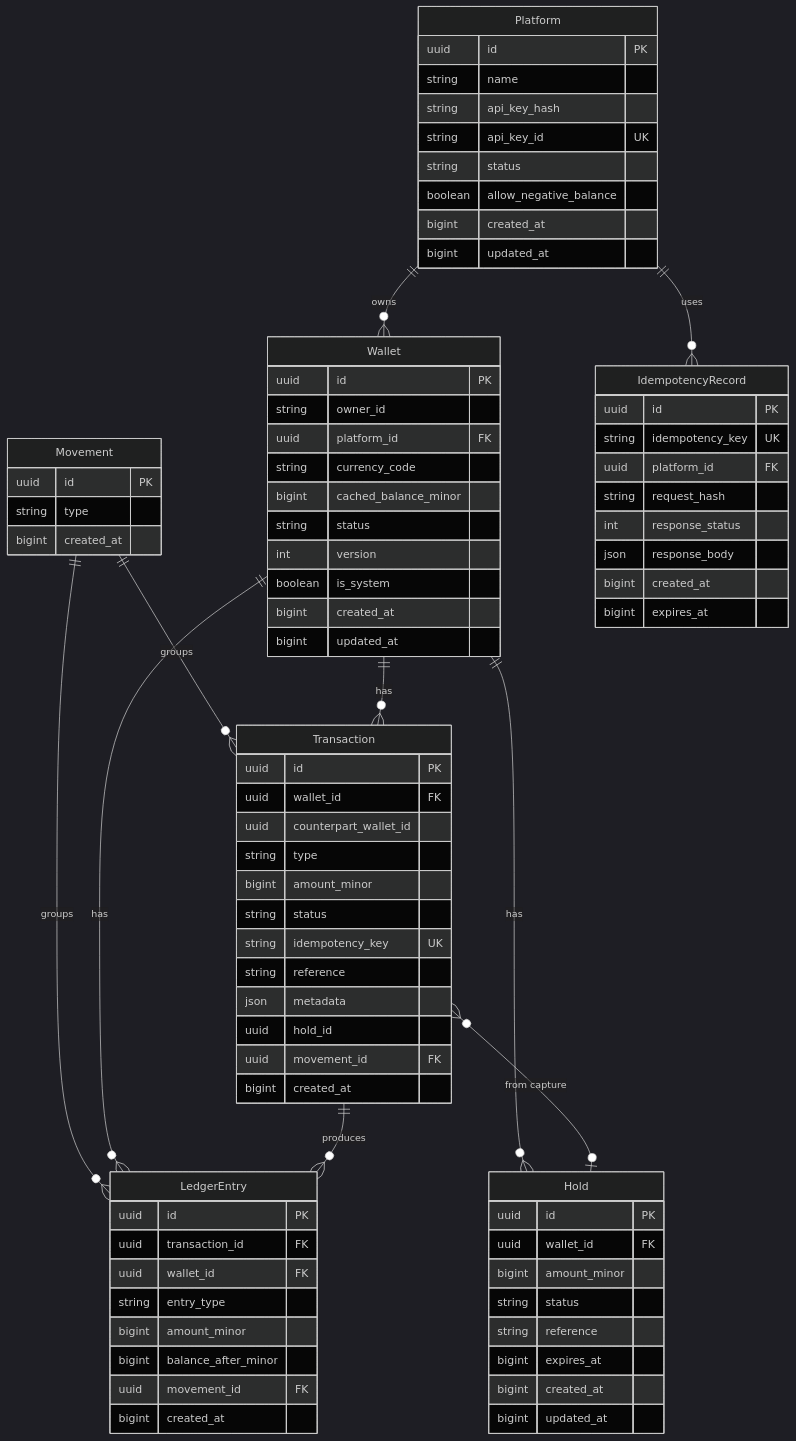
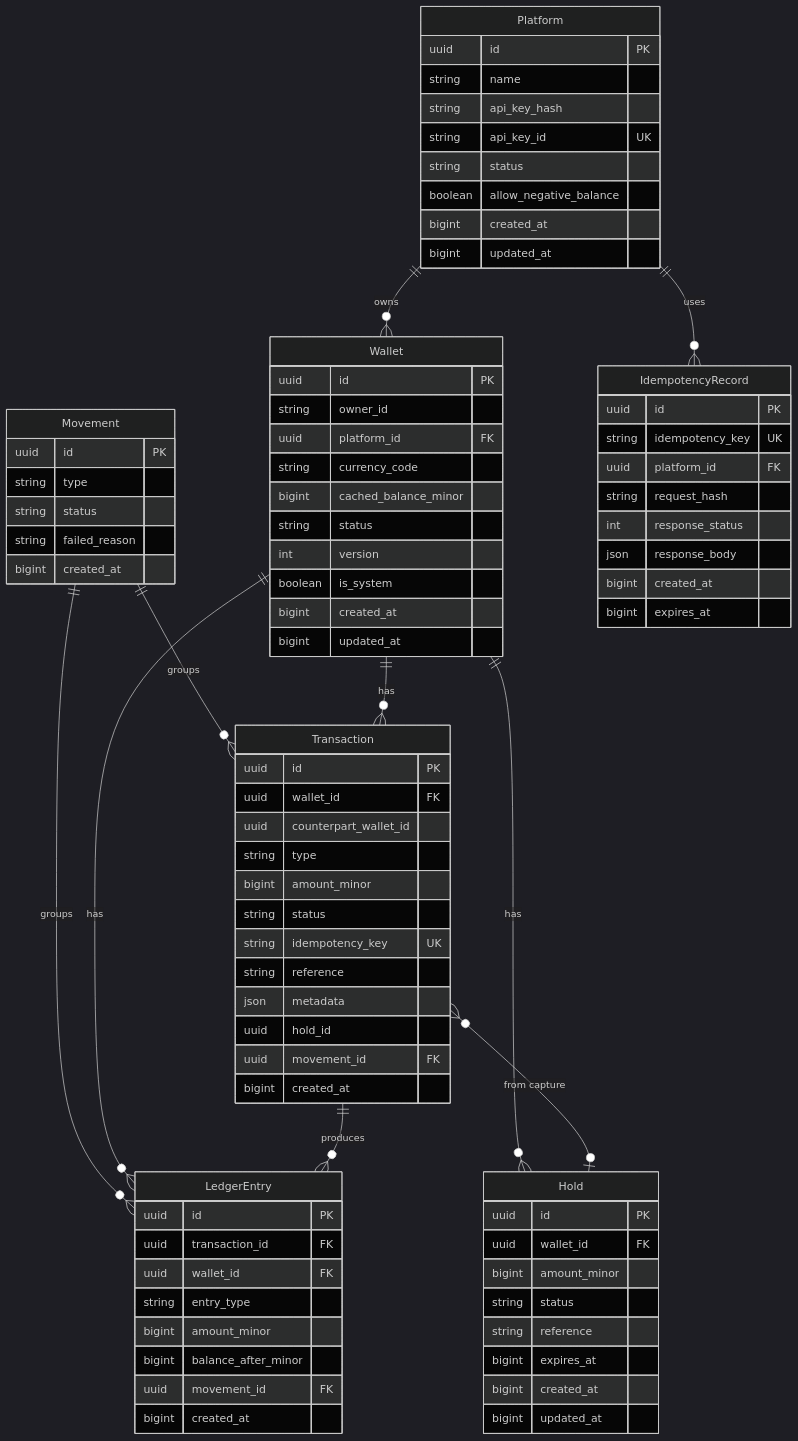
One commit to danielsamaniego/wallet changed the diagram in docs/datamodel.md. Above: the diagram before and after it, drawn with Mermaid (dark theme). The commit also changed other lines of this file and 10 other files, not shown here.

```diff
--- a/docs/datamodel.md
+++ b/docs/datamodel.md
@@ -21,6 +21,8 @@
     Movement {
         uuid id PK
         string type
+        string status
+        string failed_reason
         bigint created_at
     }
 
```
